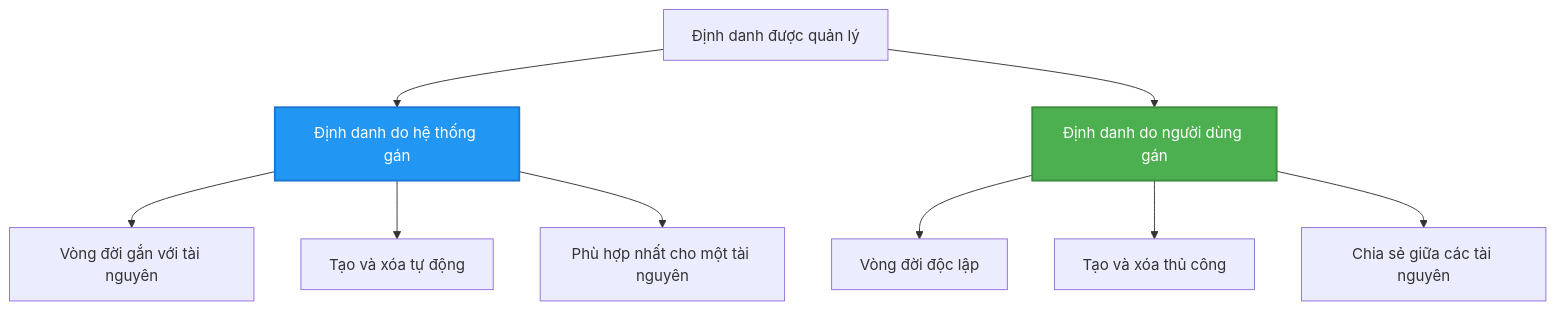
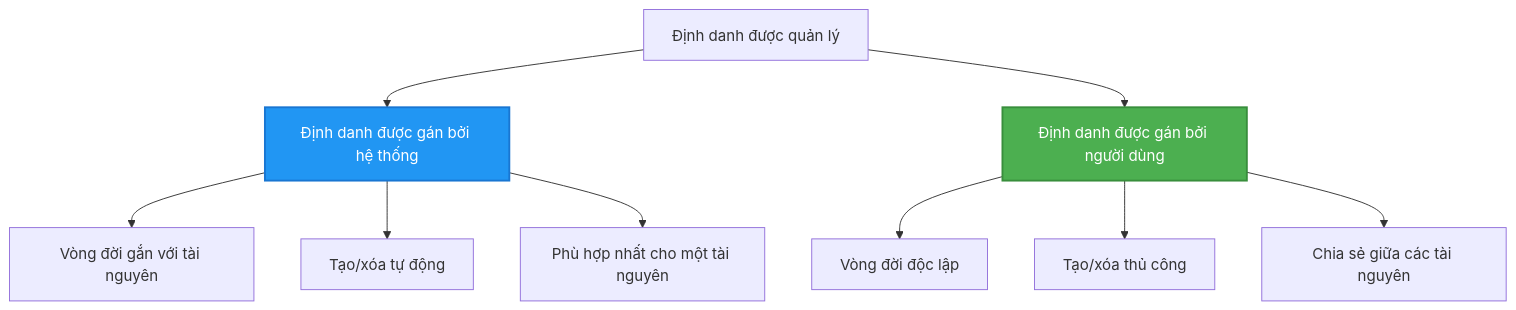
Before and after one commit to microsoft/AZD-for-beginners: the second of 2 diagrams in translations/vi/docs/chapter-03-configuration/authsecurity.md, drawn with Mermaid. The commit also changed other lines of this file and 104 other files, not shown here.

````diff
--- a/translations/vi/docs/chapter-03-configuration/authsecurity.md
+++ b/translations/vi/docs/chapter-03-configuration/authsecurity.md
@@ -97,20 +98,20 @@
 ```mermaid
 graph TB
     MI[Định danh được quản lý]
-    SystemAssigned[Định danh do hệ thống gán]
-    UserAssigned[Định danh do người dùng gán]
+    SystemAssigned[Định danh được gán bởi hệ thống]
+    UserAssigned[Định danh được gán bởi người dùng]
     
     MI --> SystemAssigned
     MI --> UserAssigned
     
     SystemAssigned --> SA1[Vòng đời gắn với tài nguyên]
-    SystemAssigned --> SA2[Tạo và xóa tự động]
+    SystemAssigned --> SA2[Tạo/xóa tự động]
     SystemAssigned --> SA3[Phù hợp nhất cho một tài nguyên]
     
     UserAssigned --> UA1[Vòng đời độc lập]
-    UserAssigned --> UA2[Tạo và xóa thủ công]
+    UserAssigned --> UA2[Tạo/xóa thủ công]
     UserAssigned --> UA3[Chia sẻ giữa các tài nguyên]
     
     style SystemAssigned fill:#2196F3,stroke:#1976D2,stroke-width:2px,color:#fff
     style UserAssigned fill:#4CAF50,stroke:#388E3C,stroke-width:2px,color:#fff
 ```
````
